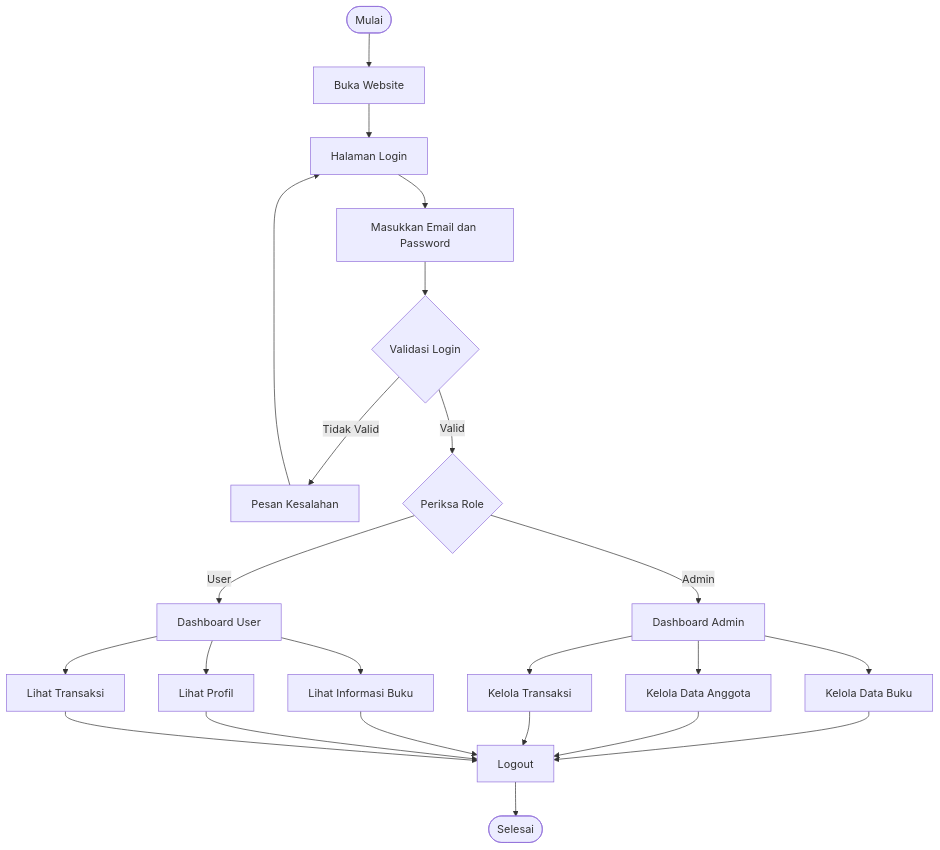
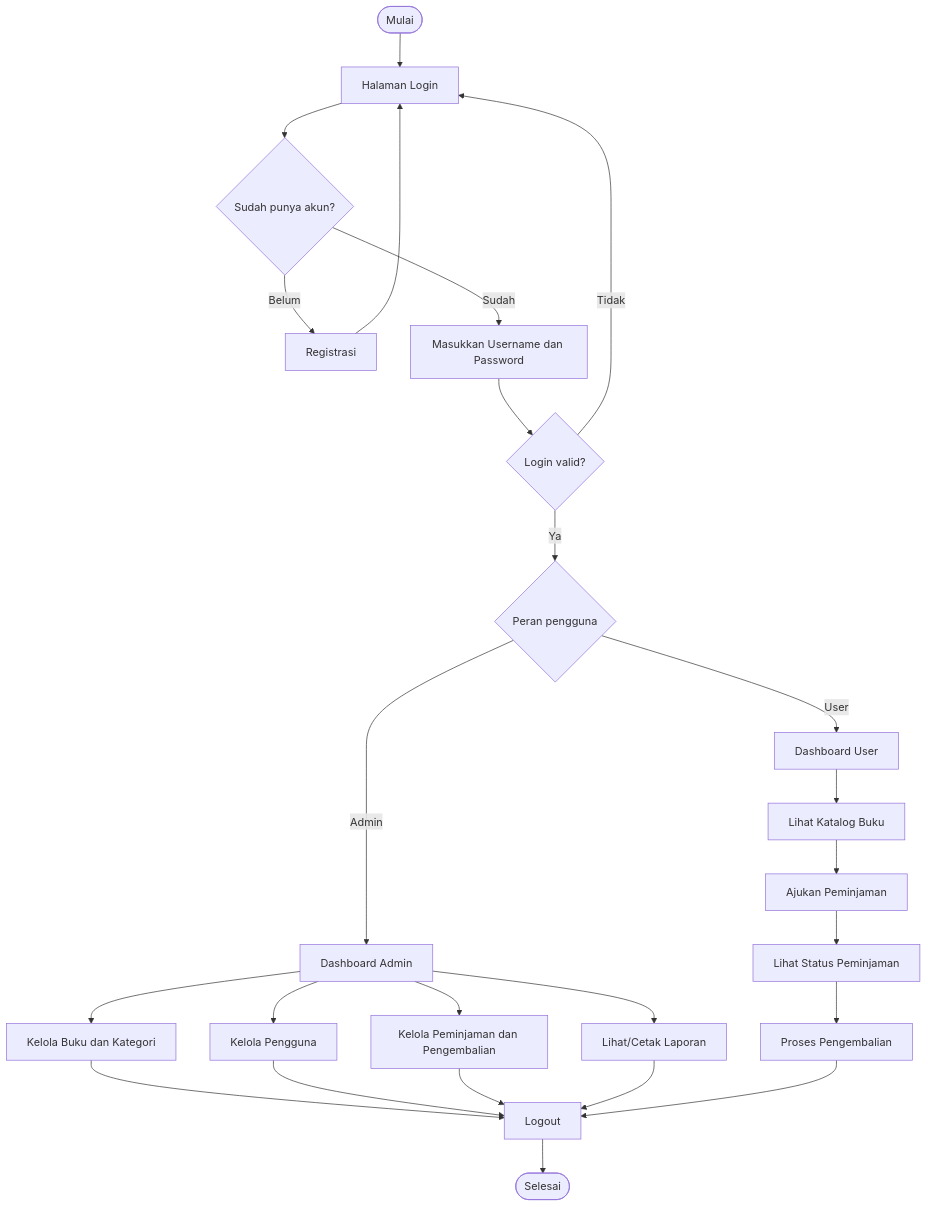
Before and after one commit to dyanpro206-a11y/UKK_Dyan: the second of 2 diagrams in README.md, drawn with Mermaid. The commit also changed other lines of this file, not shown here.

````diff
--- a/README.md
+++ b/README.md
@@ -188,32 +239,27 @@
 ```mermaid
 flowchart TD
-    A([Mulai]) --> B[Buka Website]
-    B --> C[Halaman Login]
-    C --> D[Masukkan Email dan Password]
-    D --> E{Validasi Login}
-
-    E -->|Tidak Valid| F[Pesan Kesalahan]
-    F --> C
-
-    E -->|Valid| G{Periksa Role}
-
-    G -->|Admin| H[Dashboard Admin]
-    G -->|User| I[Dashboard User]
-
-    H --> J[Kelola Data Buku]
-    H --> K[Kelola Data Anggota]
-    H --> L[Kelola Transaksi]
-
-    I --> M[Lihat Informasi Buku]
-    I --> N[Lihat Profil]
-    I --> O[Lihat Transaksi]
-
-    J --> P[Logout]
-    K --> P
-    L --> P
-    M --> P
-    N --> P
-    O --> P
-
-    P --> Q([Selesai])
+    A([Mulai]) --> B[Halaman Login]
+    B --> C{Sudah punya akun?}
+    C -- Belum --> D[Registrasi]
+    D --> B
+    C -- Sudah --> E[Masukkan Username dan Password]
+    E --> F{Login valid?}
+    F -- Tidak --> B
+    F -- Ya --> G{Peran pengguna}
+    G -- Admin --> H[Dashboard Admin]
+    H --> I[Kelola Buku dan Kategori]
+    H --> J[Kelola Pengguna]
+    H --> K[Kelola Peminjaman dan Pengembalian]
+    H --> L[Lihat/Cetak Laporan]
+    G -- User --> M[Dashboard User]
+    M --> N[Lihat Katalog Buku]
+    N --> O[Ajukan Peminjaman]
+    O --> P[Lihat Status Peminjaman]
+    P --> Q[Proses Pengembalian]
+    I --> R[Logout]
+    J --> R
+    K --> R
+    L --> R
+    Q --> R
+    R --> S([Selesai])
 ```
````
